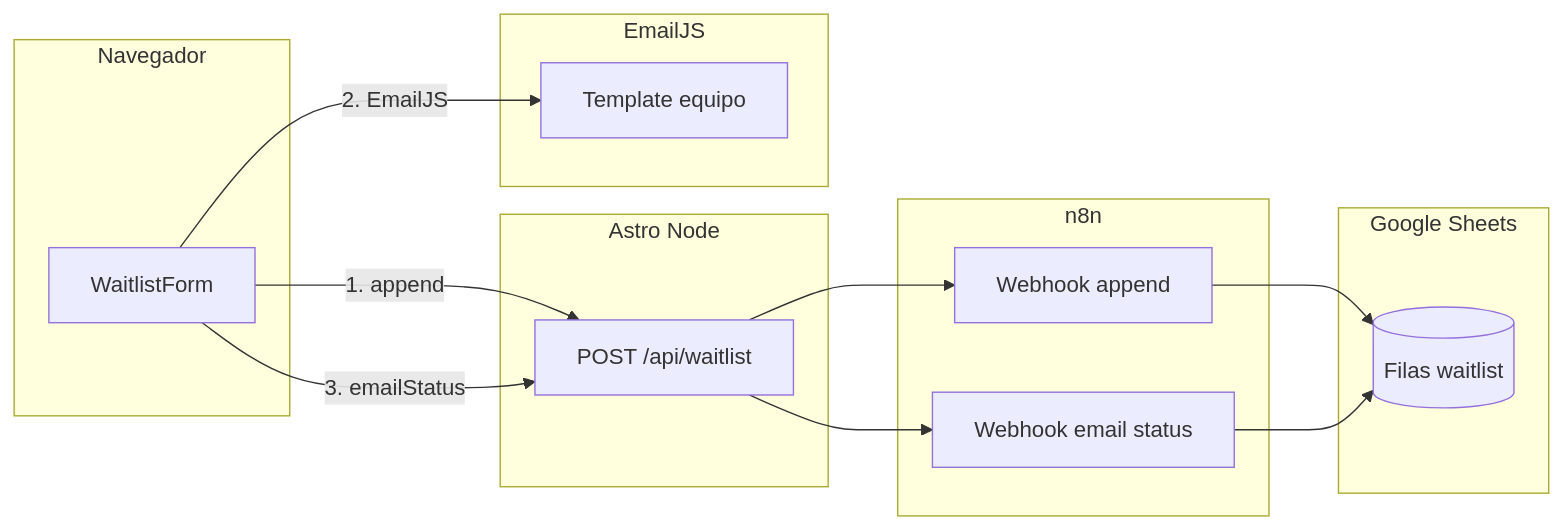
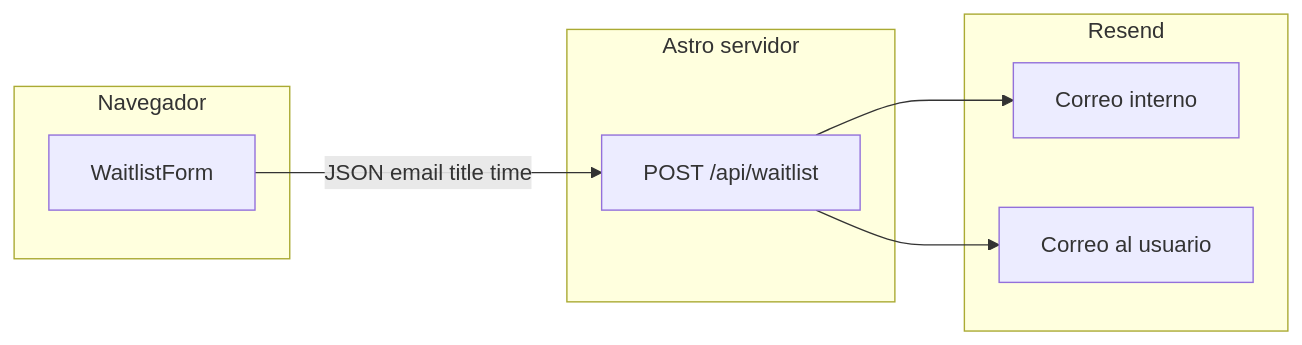
The diagram in docs/infrastructure.md (sezgox/snowbound), drawn with Mermaid before and after one commit. The commit also changed other lines of this file and 17 other files, not shown here.

First line of the commit message:
feat(waitlist): correos con Resend, plantillas HTML y logo

````diff
--- a/docs/infrastructure.md
+++ b/docs/infrastructure.md
@@ -7,26 +7,16 @@
 ```mermaid
 flowchart LR
   subgraph browser [Navegador]
     Form[WaitlistForm]
   end
-  subgraph astro [Astro Node]
+  subgraph astro [Astro servidor]
     API["POST /api/waitlist"]
   end
-  subgraph n8n [n8n]
-    W1[Webhook append]
-    W2[Webhook email status]
+  subgraph resend [Resend]
+    R1[Correo interno]
+    R2[Correo al usuario]
   end
-  subgraph sheets [Google Sheets]
-    DB[(Filas waitlist)]
-  end
-  subgraph emailjs [EmailJS]
-    T[Template equipo]
-  end
-  Form -->|1. append| API
-  API --> W1
-  W1 --> DB
-  Form -->|2. EmailJS| T
-  Form -->|3. emailStatus| API
-  API --> W2
-  W2 --> DB
+  Form -->|JSON email title time| API
+  API --> R1
+  API --> R2
 ```
````
